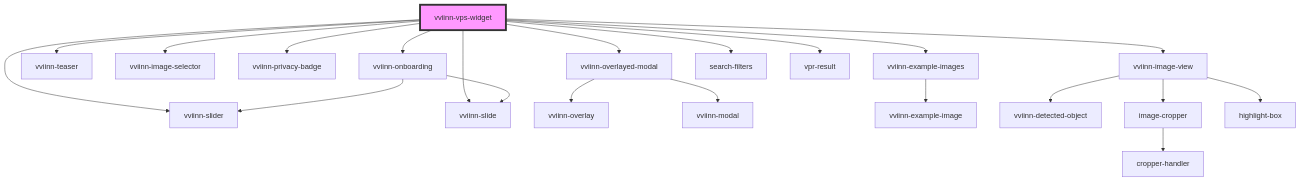
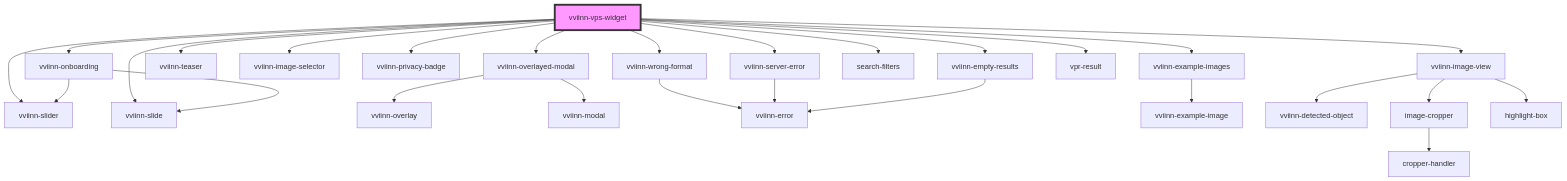
The diagram in src/components/vviinn-vps-widget/readme.md (vviinn/widgets), drawn with Mermaid before and after one commit. The commit also changed other lines of this file and 8 other files, not shown here.

````diff
--- a/src/components/vviinn-vps-widget/readme.md
+++ b/src/components/vviinn-vps-widget/readme.md
@@ -46,24 +49,30 @@
 ```mermaid
 graph TD;
   vviinn-vps-widget --> vviinn-overlayed-modal
   vviinn-vps-widget --> vviinn-slider
   vviinn-vps-widget --> vviinn-slide
+  vviinn-vps-widget --> vviinn-wrong-format
+  vviinn-vps-widget --> vviinn-server-error
   vviinn-vps-widget --> vviinn-teaser
   vviinn-vps-widget --> vviinn-image-selector
   vviinn-vps-widget --> vviinn-privacy-badge
   vviinn-vps-widget --> vviinn-onboarding
   vviinn-vps-widget --> vviinn-example-images
   vviinn-vps-widget --> vviinn-image-view
   vviinn-vps-widget --> search-filters
+  vviinn-vps-widget --> vviinn-empty-results
   vviinn-vps-widget --> vpr-result
   vviinn-overlayed-modal --> vviinn-overlay
   vviinn-overlayed-modal --> vviinn-modal
+  vviinn-wrong-format --> vviinn-error
+  vviinn-server-error --> vviinn-error
   vviinn-onboarding --> vviinn-slider
   vviinn-onboarding --> vviinn-slide
   vviinn-example-images --> vviinn-example-image
   vviinn-image-view --> vviinn-detected-object
   vviinn-image-view --> image-cropper
   vviinn-image-view --> highlight-box
   image-cropper --> cropper-handler
+  vviinn-empty-results --> vviinn-error
   style vviinn-vps-widget fill:#f9f,stroke:#333,stroke-width:4px
 ```
````
